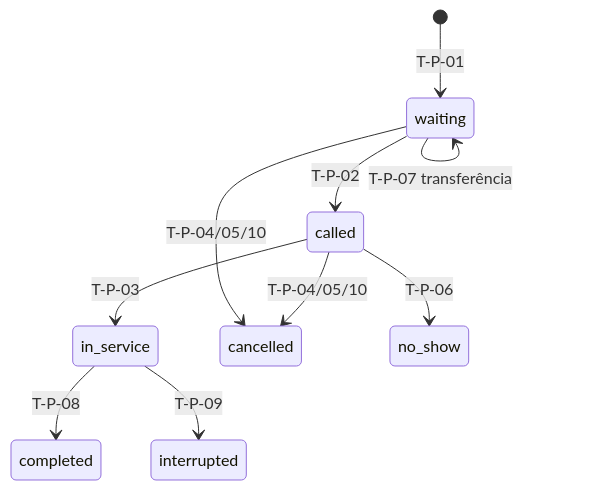
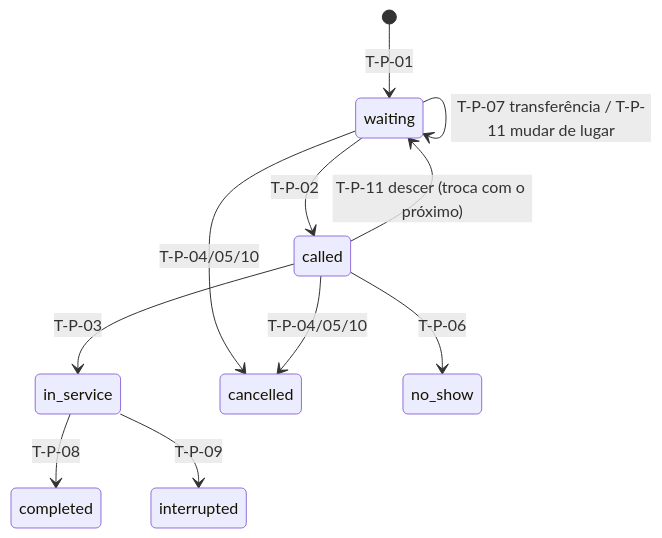
One commit to Ruan-nascimento/Fila- changed the second of 5 diagrams in docs/matriz-transicoes.md. Above: the diagram before and after it, drawn with Mermaid. The commit also changed other lines of this file and 29 other files, not shown here.

First line of the commit message:
Fila: mudar de lugar (subir/descer) e nome da loja no link, QR e topo

````diff
--- a/docs/matriz-transicoes.md
+++ b/docs/matriz-transicoes.md
@@ -69,12 +69,13 @@
 ```mermaid
 stateDiagram-v2
   [*] --> waiting: T-P-01
-  waiting --> waiting: T-P-07 transferência
+  waiting --> waiting: T-P-07 transferência / T-P-11 mudar de lugar
+  called --> waiting: T-P-11 descer (troca com o próximo)
   waiting --> called: T-P-02
   called --> in_service: T-P-03
   waiting --> cancelled: T-P-04/05/10
   called --> cancelled: T-P-04/05/10
   called --> no_show: T-P-06
   in_service --> completed: T-P-08
   in_service --> interrupted: T-P-09
 ```
````
